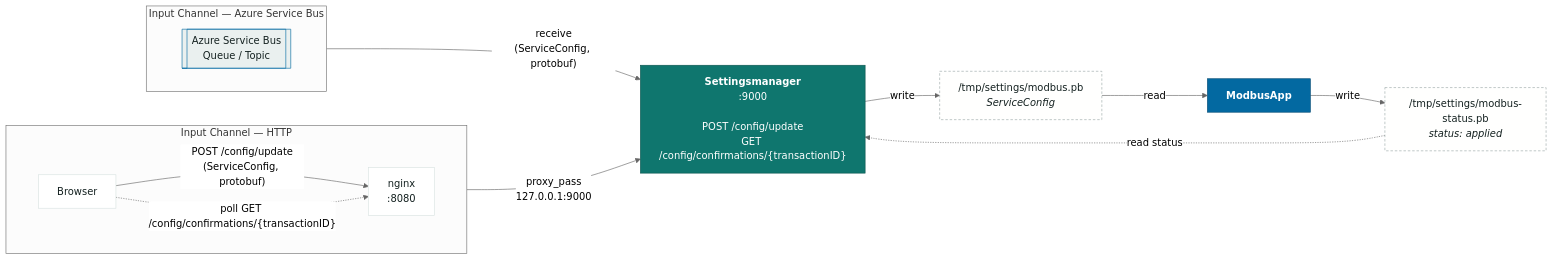
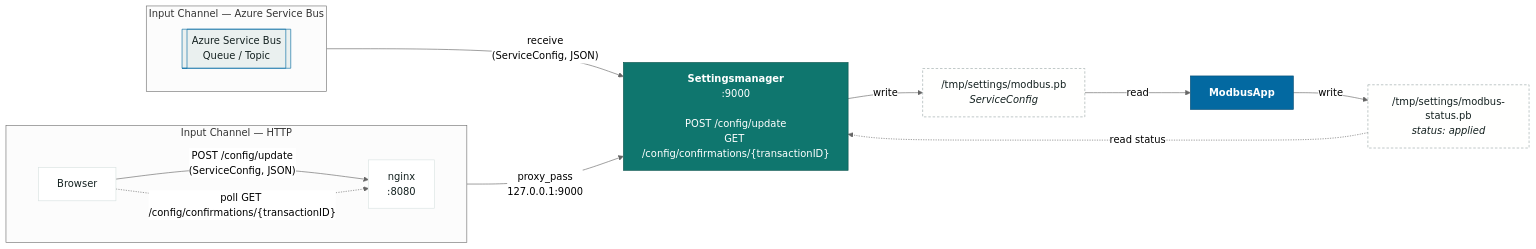
The diagram in docs/component-diagram.mmd (rwirdemann/settingsmanager-ngnix), drawn with Mermaid before and after one commit. The commit also changed 9 other files, not shown here.

First line of the commit message:
refactor: drop protobuf, submit config as JSON only

```diff
--- a/docs/component-diagram.mmd
+++ b/docs/component-diagram.mmd
@@ -1,40 +1,40 @@
 %%{init: {'theme': 'neutral', 'flowchart': {'curve': 'basis', 'nodeSpacing': 55, 'rankSpacing': 80}} }%%
 flowchart LR
     subgraph http["Input Channel — HTTP"]
         direction LR
         B["Browser"]
         N["nginx<br/>:8080"]
-        B -- "POST /config/update<br/>(ServiceConfig, protobuf)" --> N
+        B -- "POST /config/update<br/>(ServiceConfig, JSON)" --> N
         B -. "poll GET /config/confirmations/{transactionID}" .-> N
     end
 
     subgraph asb["Input Channel — Azure Service Bus"]
         direction LR
         Q[["Azure Service Bus<br/>Queue / Topic"]]
     end
 
     SM["<b>Settingsmanager</b><br/>:9000<br/>&nbsp;<br/>POST /config/update<br/>GET /config/confirmations/{transactionID}"]
 
     F1["/tmp/settings/modbus.pb<br/><i>ServiceConfig</i>"]
     F2["/tmp/settings/modbus-status.pb<br/><i>status: applied</i>"]
 
     MA["<b>ModbusApp</b>"]
 
     N -- "proxy_pass<br/>127.0.0.1:9000" --> SM
-    Q -- "receive<br/>(ServiceConfig, protobuf)" --> SM
+    Q -- "receive<br/>(ServiceConfig, JSON)" --> SM
 
     SM -- "write" --> F1
     F1 -- "read" --> MA
     MA -- "write" --> F2
     F2 -. "read status" .-> SM
 
     classDef svc fill:#0f766e,stroke:#0b544e,color:#ffffff,stroke-width:1px
     classDef app fill:#0369a1,stroke:#024b74,color:#ffffff,stroke-width:1px
     classDef edge fill:#ffffff,stroke:#d8e2e1,color:#142120
     classDef broker fill:#eaf0ef,stroke:#0369a1,color:#142120
     classDef file fill:#fffffe,stroke:#9aa8a7,color:#142120,stroke-dasharray:4 3
     class SM svc
     class MA app
     class B,N edge
     class Q broker
     class F1,F2 file
```
